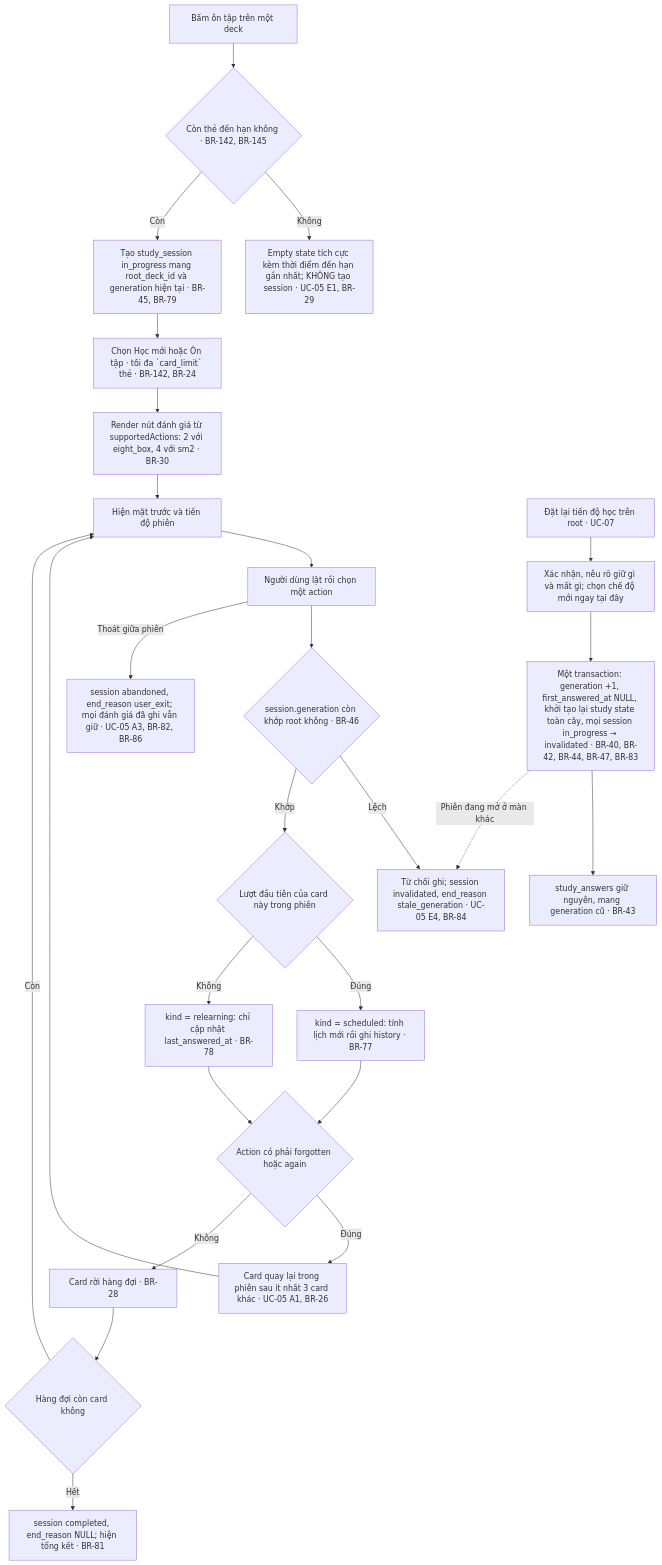
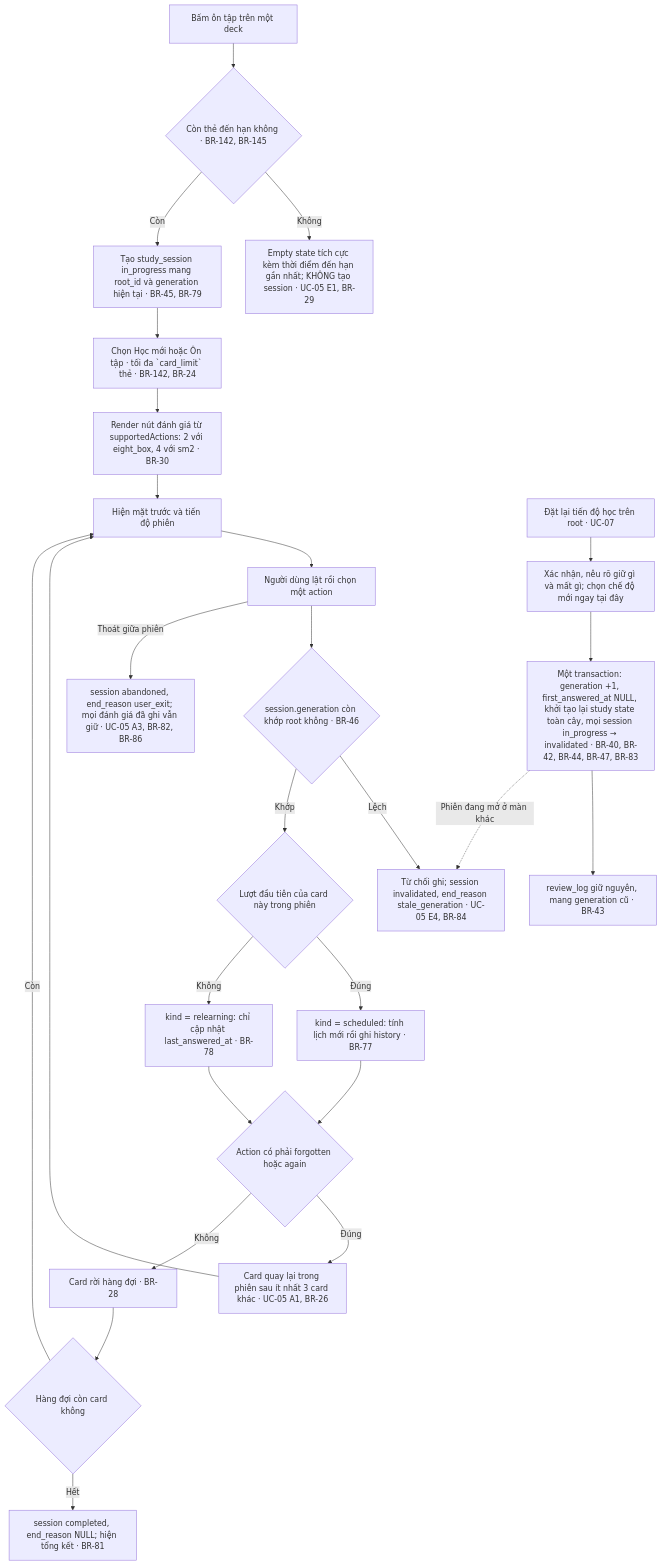
The fourth of 4 diagrams in docs/master-flow.md (ntgptit/memox-v8), drawn with Mermaid before and after one commit. The commit also changed other lines of this file and 6 other files, not shown here.

````diff
--- a/docs/master-flow.md
+++ b/docs/master-flow.md
@@ -188,32 +188,32 @@
 ```mermaid
 flowchart TD
     A["Bấm ôn tập trên một deck"] --> B{"Còn thẻ đến hạn không · BR-142, BR-145"}
     B -->|"Không"| B1["Empty state tích cực kèm thời điểm đến hạn gần nhất; KHÔNG tạo session · UC-05 E1, BR-29"]
-    B -->|"Còn"| C["Tạo study_session in_progress mang root_deck_id và generation hiện tại · BR-45, BR-79"]
+    B -->|"Còn"| C["Tạo study_session in_progress mang root_id và generation hiện tại · BR-45, BR-79"]
     C --> D["Chọn Học mới hoặc Ôn tập · tối đa `card_limit` thẻ · BR-142, BR-24"]
     D --> E["Render nút đánh giá từ supportedActions: 2 với eight_box, 4 với sm2 · BR-30"]
     E --> F["Hiện mặt trước và tiến độ phiên"]
     F --> G["Người dùng lật rồi chọn một action"]
 
     G --> H{"session.generation còn khớp root không · BR-46"}
     H -->|"Lệch"| H1["Từ chối ghi; session invalidated, end_reason stale_generation · UC-05 E4, BR-84"]
     H -->|"Khớp"| I{"Lượt đầu tiên của card này trong phiên"}
     I -->|"Đúng"| J["kind = scheduled: tính lịch mới rồi ghi history · BR-77"]
     I -->|"Không"| K["kind = relearning: chỉ cập nhật last_answered_at · BR-78"]
 
     J --> L{"Action có phải forgotten hoặc again"}
     K --> L
     L -->|"Đúng"| M["Card quay lại trong phiên sau ít nhất 3 card khác · UC-05 A1, BR-26"]
     L -->|"Không"| N["Card rời hàng đợi · BR-28"]
     M --> F
     N --> O{"Hàng đợi còn card không"}
     O -->|"Còn"| F
     O -->|"Hết"| P["session completed, end_reason NULL; hiện tổng kết · BR-81"]
 
     G -->|"Thoát giữa phiên"| Q["session abandoned, end_reason user_exit; mọi đánh giá đã ghi vẫn giữ · UC-05 A3, BR-82, BR-86"]
 
     R["Đặt lại tiến độ học trên root · UC-07"] --> S["Xác nhận, nêu rõ giữ gì và mất gì; chọn chế độ mới ngay tại đây"]
     S --> T["Một transaction: generation +1, first_answered_at NULL, khởi tạo lại study state toàn cây, mọi session in_progress → invalidated · BR-40, BR-42, BR-44, BR-47, BR-83"]
-    T --> U["study_answers giữ nguyên, mang generation cũ · BR-43"]
+    T --> U["review_log giữ nguyên, mang generation cũ · BR-43"]
     T -.->|"Phiên đang mở ở màn khác"| H1
 ```
````
